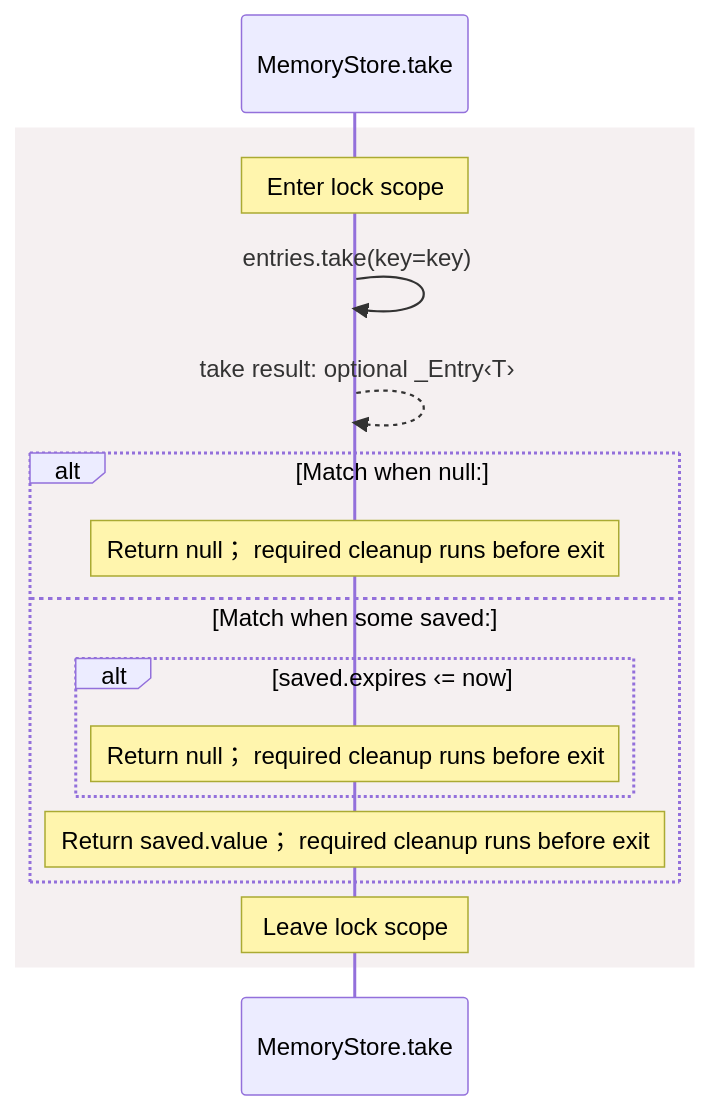
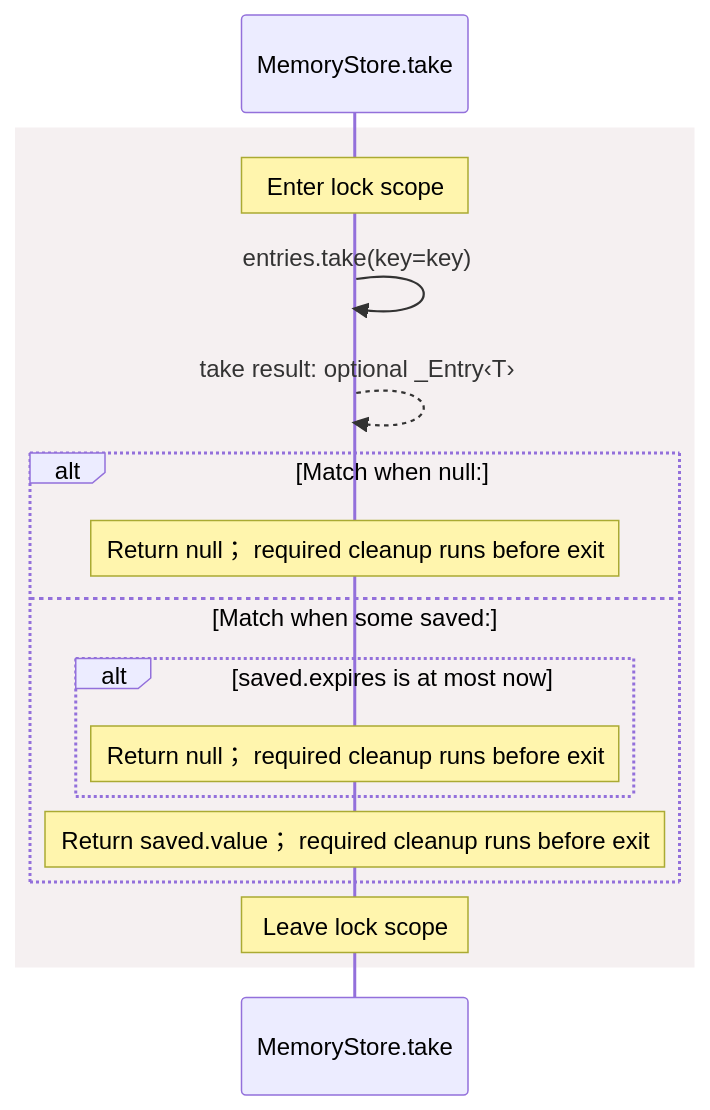
One commit to GreenPandaStudios/augscript changed the fourth of 5 diagrams in docs/examples/oidc-login/dependencies/packages/@git/url_0eb7c89453c87681ed15/0.0.0-git.a39fc582565d4fca40be4f75fa304d71adc69301/store-diagrams.md. Above: the diagram before and after it, drawn with Mermaid. The commit also changed other lines of this file and 658 other files, not shown here.

````diff
--- a/docs/examples/oidc-login/dependencies/packages/@git/url_0eb7c89453c87681ed15/0.0.0-git.a39fc582565d4fca40be4f75fa304d71adc69301/store-diagrams.md
+++ b/docs/examples/oidc-login/dependencies/packages/@git/url_0eb7c89453c87681ed15/0.0.0-git.a39fc582565d4fca40be4f75fa304d71adc69301/store-diagrams.md
@@ -129,19 +169,19 @@
 ```mermaid
 sequenceDiagram
     participant p0 as MemoryStore.take
 
     rect rgb(245, 240, 241)
     Note over p0: Enter lock scope
     p0->>p0: entries.take(key=key)
     p0-->>p0: take result: optional _Entry‹T›
     alt Match when null:
     Note over p0: Return null； required cleanup runs before exit
     else Match when some saved:
-    alt saved.expires ‹= now
+    alt saved.expires is at most now
     Note over p0: Return null； required cleanup runs before exit
     end
     Note over p0: Return saved.value； required cleanup runs before exit
     end
     Note over p0: Leave lock scope
     end
 ```
````
